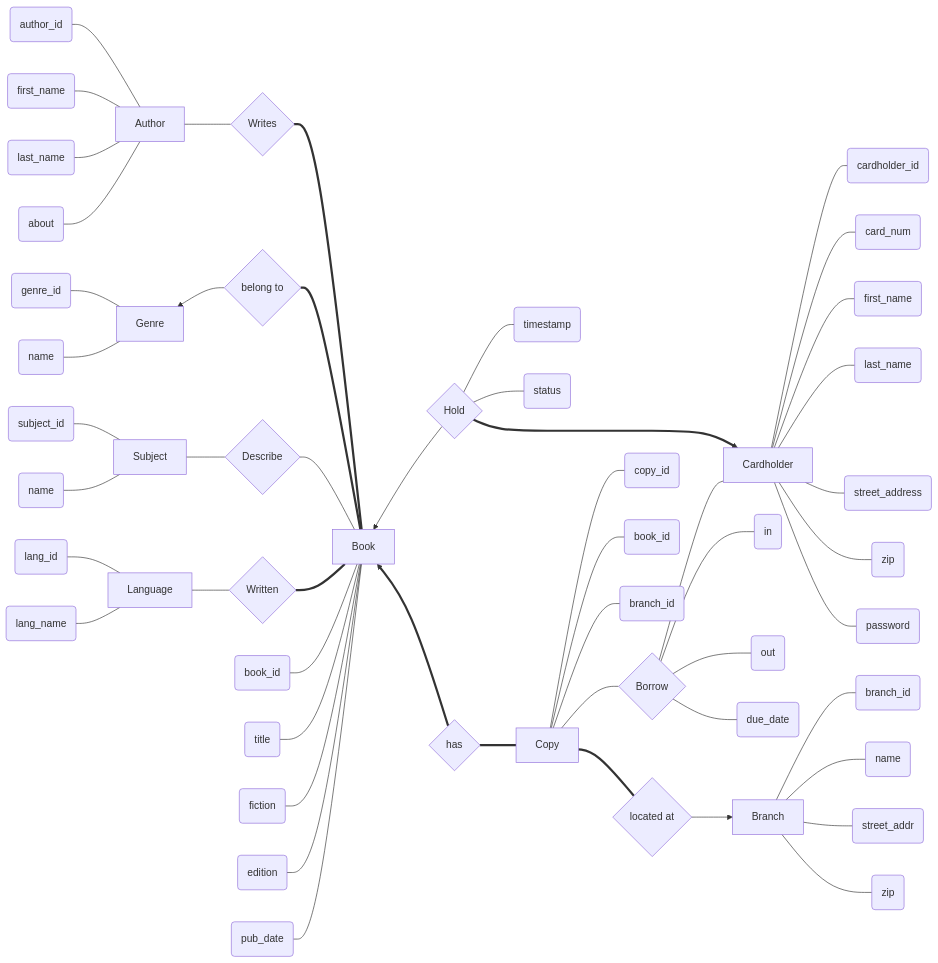
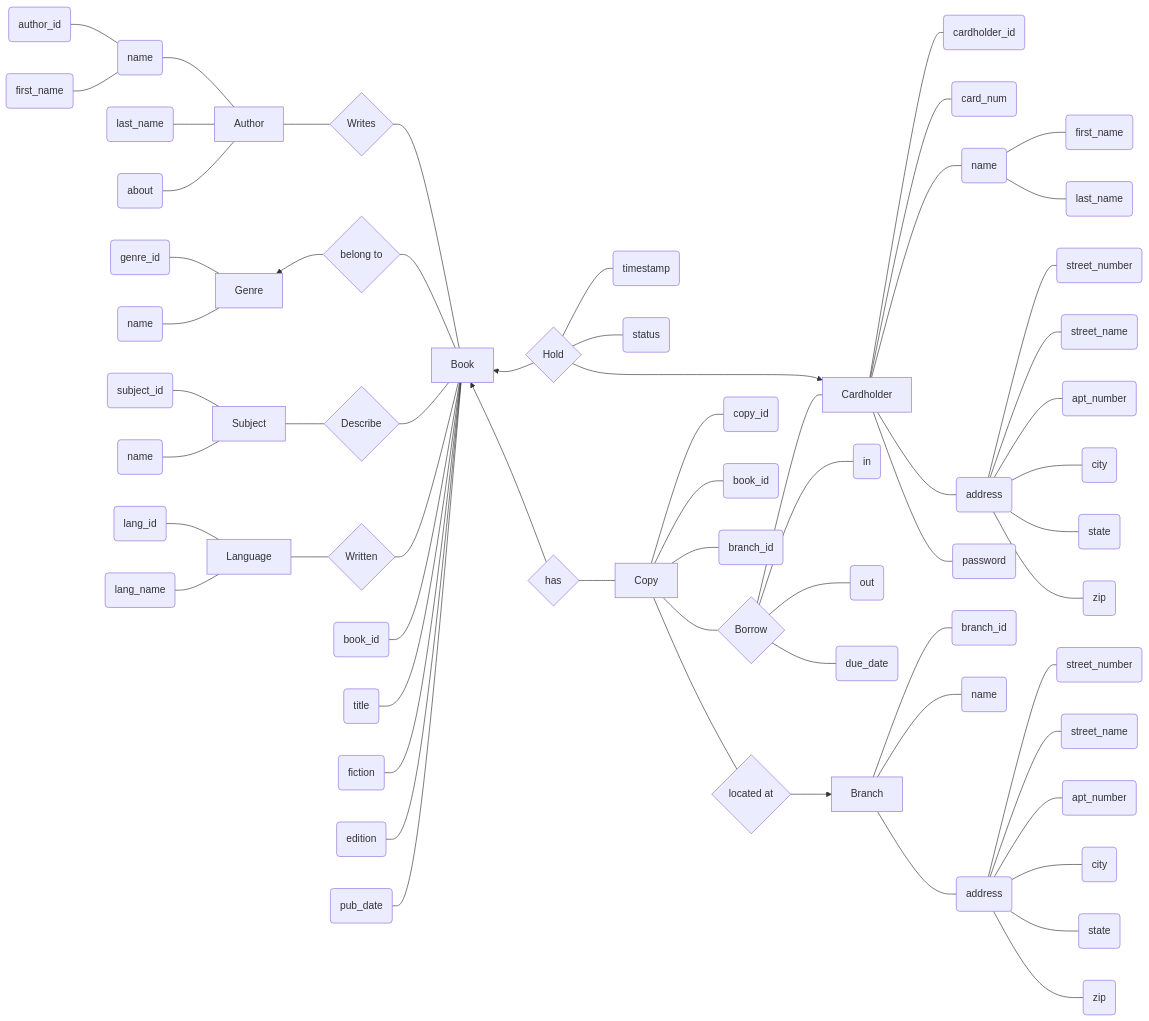
Before and after one commit to kelzzzz/CS425-ChiPub: the diagram in erd.mmd, drawn with Mermaid. The commit also changed 1 other file, not shown here.

Commit message:
Update ERD to include complex attrs & remove thick links.

```diff
--- a/erd.mmd
+++ b/erd.mmd
@@ -1,155 +1,167 @@
 graph LR
     %% ===
     %% AUTHOR
     %% ---
 
     %% Attributes
-    aid(author_id) --- A
-    af(first_name) --- A
+    aid(author_id) --- an
+    af(first_name) --- an
+    an(name) --- A
     al(last_name) --- A
     aa(about) --- A
 
     %% Author to Book
     %% an Author can write one or more Books
     %% every Book is written by at least one Author
     A[Author] --- AB{Writes}
-    AB === B[Book]
+    AB --- B[Book]
     %% ===
 
     %% ===
     %% GENRE
     %% ---
 
     %% Attributes
     gid(genre_id) --- G
     gnm(name) --- G
 
     %% Genre to Book
     %% one Genre can contain one or more Books
     %% every Book belongs to one Genre
     %% workaround for reverse pointed arrows
     G[Genre] ~~~ GB{belong to} --> G
     %% Using this to attempt to "straighten" back out the lines
     GB ~~~ G
-    GB === B
+    GB --- B
     %% ===
 
     %% ===
     %% SUBJECT
     %% ---
 
     %% Attributes
     sid(subject_id) --- S
     sn(name) --- S
 
     %% Subject to Book
     %% a Subject can describe one or more Books
     %% a Book can be described by one or more Subjects
     S[Subject] --- SB{Describe}
     SB --- B
     %% ===
 
     %% ===
     %% LANGUAGE
     %% ---
 
     %% Attributes
     lid(lang_id) --- L
     lnm(lang_name) --- L
 
     %% Language to Book
     %% one or more Languages can be used to write a Book
     %% a Book must be written in at least one Language
     L[Language] --- LB{Written}
-    LB === B
+    LB --- B
     %% ===
 
     %% ===
     %% BOOK
     %% ---
 
     %% Attributes
     bid(book_id) --- B
     bt(title) --- B
     bf(fiction) --- B
     be(edition) --- B
     bp(pub_date) --- B
     %% ===
 
     %% ===
     %% HOLD (Bridge Entity)
     %% ---
 
     %% Attributes
     H --- hts(timestamp)
     H --- hst(status)
 
     %% a Book may be requested for Hold by one or more Cardholder
     %% a Cardholder may request a Hold for one or more Book
     B ~~~ H{Hold} --> B
     H ~~~ B
-    H ==> Ch
+    H --> Ch
     %% ===
 
     %% ===
     %% COPY
     %% ---
 
     %% Attributes
     C --- cid(copy_id)
     C --- cbk(book_id)
     C --- cbr(branch_id)
 
     %% Book to Copy
     %% a book Book may have one or more Copy
     %% every Copy has exactly one Book
-    B ~~~ BC{has} ==> B
+    B ~~~ BC{has} --> B
     BC ~~~ B
-    BC === C[Copy]
+    BC --- C[Copy]
     %% ===
 
     %% ===
     %% BORROW (Bridge Entity)
     %% ---
 
     %% a Copy can have one or more Borrow records for one or more Cardholder
     %% a Cardholder can have one or more Borrow records for one or more Copy
     C --- Bw{Borrow}
     Bw --- Ch[Cardholder]
 
     %% Attributes
     Bw --- tts(in)
     Bw --- tot(out)
     Bw --- tdt(due_date)
     %% ===
 
     %% ===
     %% CARDHOLDER
     %% ---
 
     %% Attributes
     Ch --- chid(cardholder_id)
     Ch --- chnm(card_num)
-    Ch --- chfn(first_name)
-    Ch --- chln(last_name)
-    Ch --- chsa(street_address)
-    Ch --- chz(zip)
+    chn --- chfn(first_name)
+    chn --- chln(last_name)
+    Ch --- chn(name)
+    Ch --- ca(address)
+    ca --- csn(street_number)
+    ca --- cst(street_name)
+    ca --- caa(apt_number)
+    ca --- cac(city)
+    ca --- cas(state)
+    ca --- cz(zip)
     Ch --- chpw(password)
     %% ===
 
     %% ===
     %% BRANCH
     %% ---
 
     %% a Copy must be located at exactly one Branch
     %% a Branch may have one or more Copy
-    C ~~~ CBr{located at} === C
+    C ~~~ CBr{located at} --- C
     CBr ~~~ C
     CBr --> Br[Branch]
 
     %% Attributes
     Br --- brd(branch_id)
     Br --- bn(name)
-    Br --- ba(street_addr)
-    Br --- bz(zip)
+    Br --- ba(address)
+    ba --- bsn(street_number)
+    ba --- bst(street_name)
+    ba --- baa(apt_number)
+    ba --- bac(city)
+    ba --- bas(state)
+    ba --- bz(zip)
     %% ===
```
